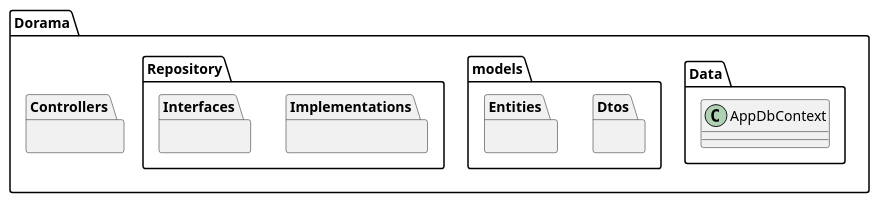
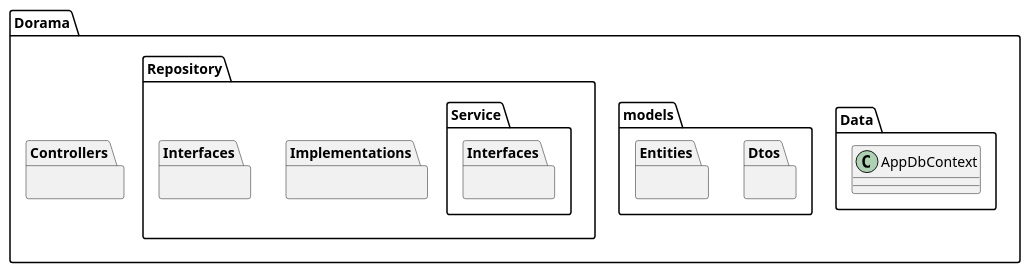
Before and after one commit to KaioHenr/Trab1-PS: the diagram in Trab1-PS/diagramas/diagramas_plantuml/diagrama_de_projeto.plantuml, drawn with PlantUML.

```diff
--- a/Trab1-PS/diagramas/diagramas_plantuml/diagrama_de_projeto.plantuml
+++ b/Trab1-PS/diagramas/diagramas_plantuml/diagrama_de_projeto.plantuml
@@ -1,37 +1,43 @@
 @startuml
 package Dorama {
 
         package Controllers {
        
         }
         
         
         package Data {
         class AppDbContext 
         }
         package models {
                 package Dtos {
        
 }
                 package Entities {
         
             }
         
 
        
        
         }
 
         package Repository{
         
         package Implementations{
         
         
         }
         package Interfaces{
      
         
         }
+
+        package Service{
+        
+        package Interfaces{
+     
+        }
         
 }
 @enduml
```
